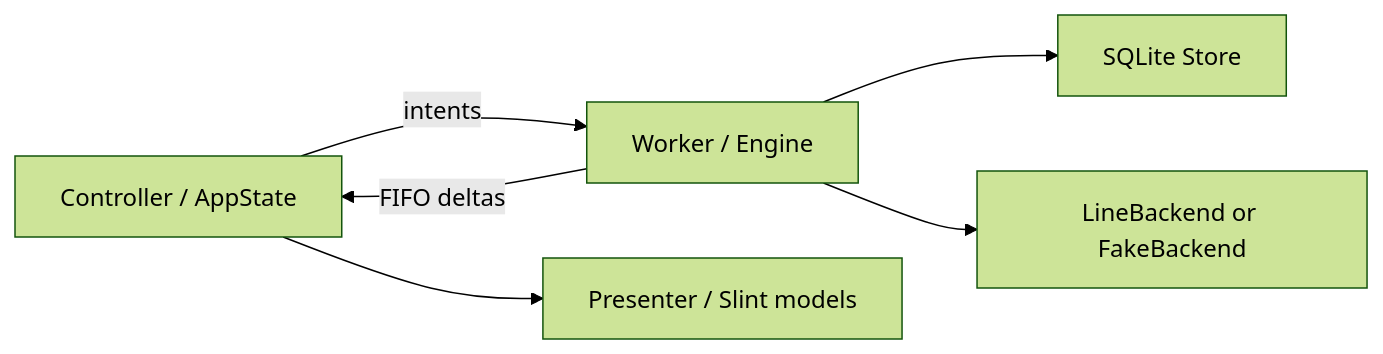
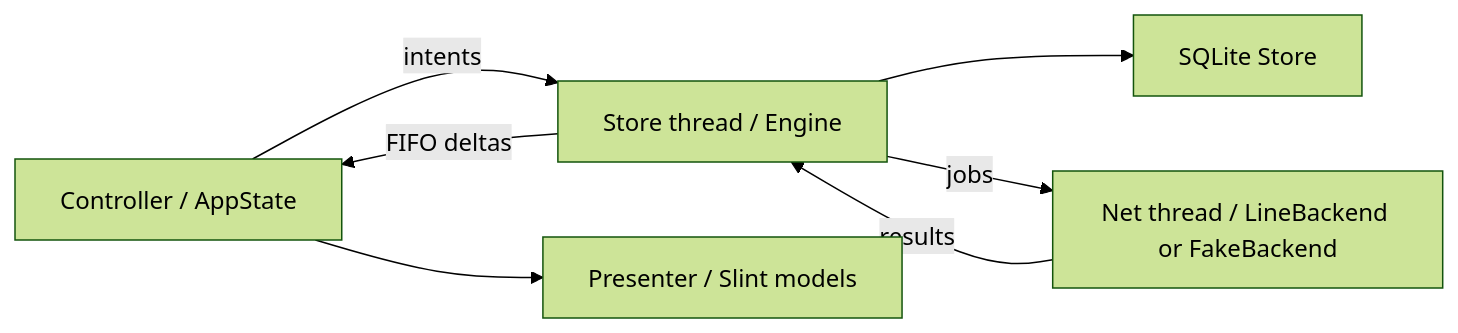
The diagram in docs/app-design.md (eiennohito/sen), drawn with Mermaid (forest theme) before and after one commit. The commit also changed other lines of this file and 13 other files, not shown here.

First line of the commit message:
Docs and tools describe what exists; HANDOFF rewritten for the current architecture

````diff
--- a/docs/app-design.md
+++ b/docs/app-design.md
@@ -114,8 +114,9 @@
 ```mermaid
 flowchart LR
-    Controller[Controller / AppState] -->|intents| Engine[Worker / Engine]
+    Controller[Controller / AppState] -->|intents| Engine[Store thread / Engine]
     Engine --> Store[SQLite Store]
-    Engine --> Backend[LineBackend or FakeBackend]
+    Engine -->|jobs| Backend[Net thread / LineBackend or FakeBackend]
+    Backend -->|results| Engine
     Engine -->|FIFO deltas| Controller
     Controller --> Presenter[Presenter / Slint models]
 ```
````
